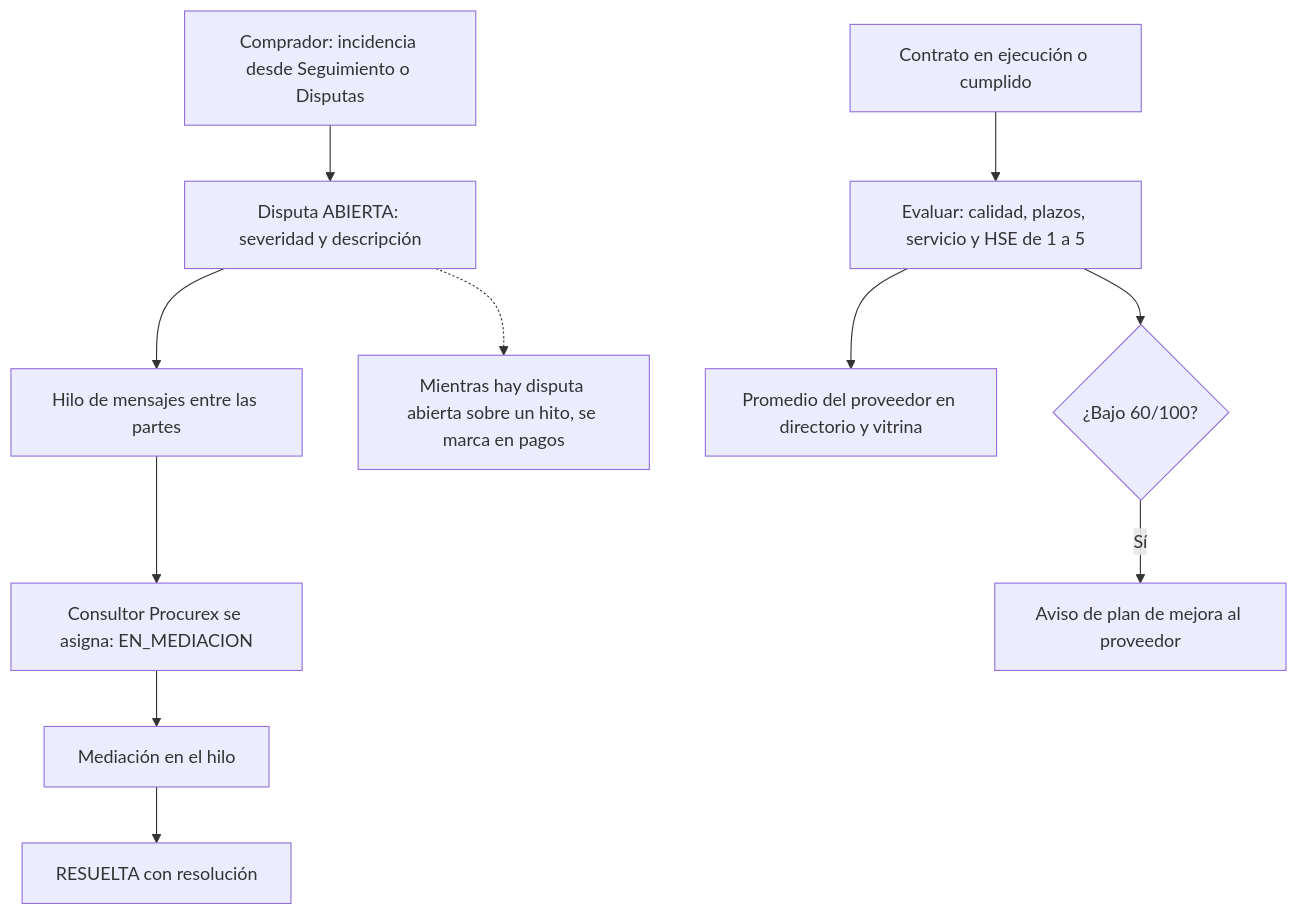
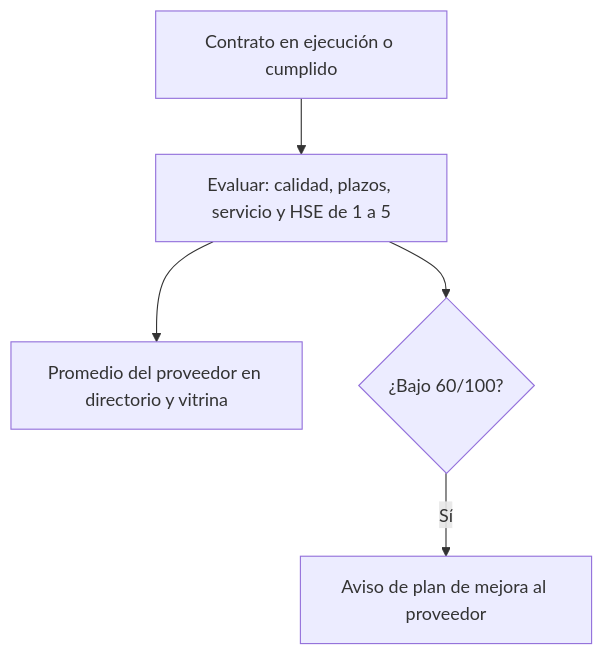
Diagram 26 of 34 in docs/DIAGRAMAS-FLUJO.md (johnalecc21/bolt_pro), drawn with Mermaid before and after one commit. The commit also changed other lines of this file and 35 other files, not shown here.

````diff
--- a/docs/DIAGRAMAS-FLUJO.md
+++ b/docs/DIAGRAMAS-FLUJO.md
@@ -607,14 +608,7 @@
 ```mermaid
 flowchart TD
-    A["Comprador: incidencia desde Seguimiento o Disputas"] --> B["Disputa ABIERTA: severidad y descripción"]
-    B --> C["Hilo de mensajes entre las partes"]
-    C --> D["Consultor Procurex se asigna: EN_MEDIACION"]
-    D --> E["Mediación en el hilo"]
-    E --> F["RESUELTA con resolución"]
-    B -.-> G["Mientras hay disputa abierta sobre un hito, se marca en pagos"]
-
     H["Contrato en ejecución o cumplido"] --> I["Evaluar: calidad, plazos, servicio y HSE de 1 a 5"]
     I --> J["Promedio del proveedor en directorio y vitrina"]
     I --> K{"¿Bajo 60/100?"}
     K -->|"Sí"| L["Aviso de plan de mejora al proveedor"]
 ```
````
